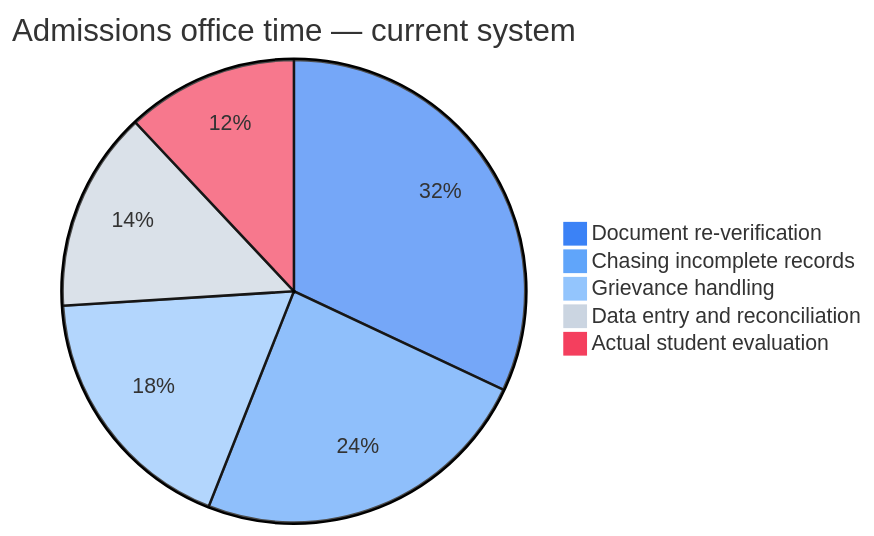
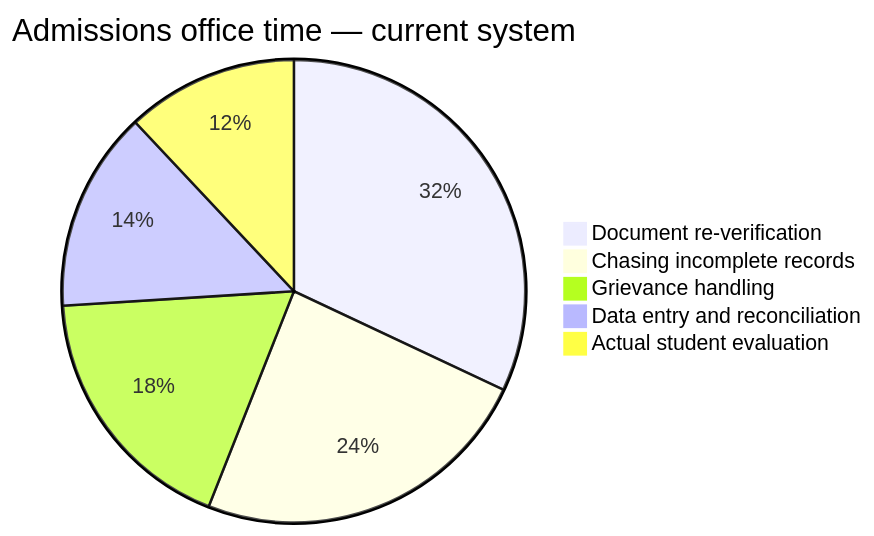
The second of 2 diagrams in Stakeholders/Institutions.mdx (aashrutsharma2/docs), drawn with Mermaid before and after one commit.

Commit message:
Updated mintlify pages
- Updated Stakeholders/Institutions.mdx

Mintlify-Source: dashboard-editor

````diff
--- a/Stakeholders/Institutions.mdx
+++ b/Stakeholders/Institutions.mdx
@@ -52,9 +52,9 @@
 ```mermaid actions={true}
-%%{init: {"theme": "base", "themeVariables": { "pie1": "#3b82f6", "pie2": "#60a5fa", "pie3": "#93c5fd", "pie4": "#cbd5e1", "pie5": "#f43f5e" }}}%%
+%%{init: {"theme": "default"}}%%
 pie title Admissions office time — current system
     "Document re-verification" : 32
     "Chasing incomplete records" : 24
     "Grievance handling" : 18
     "Data entry and reconciliation" : 14
     "Actual student evaluation" : 12
 ```
````
